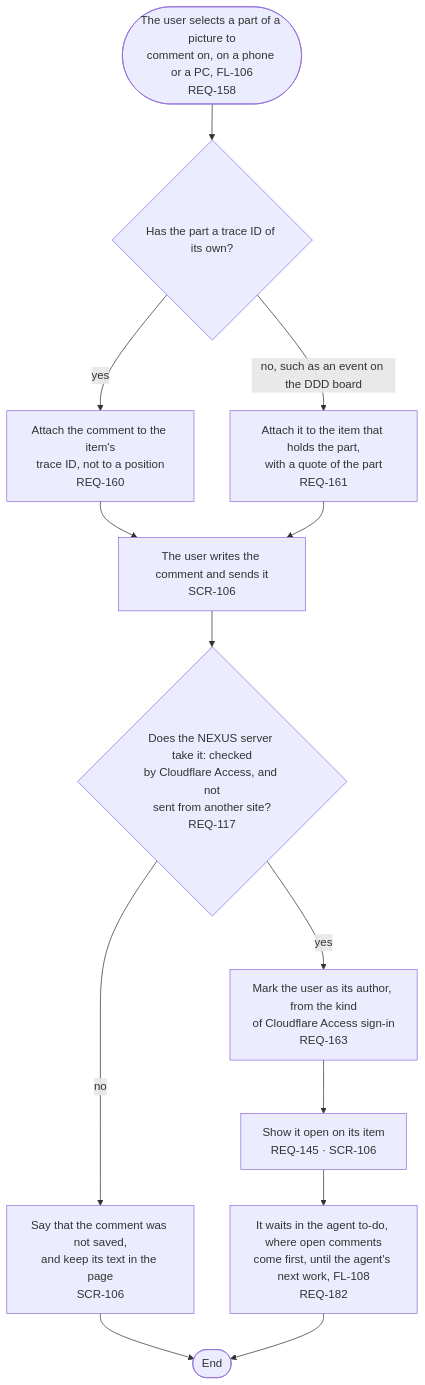
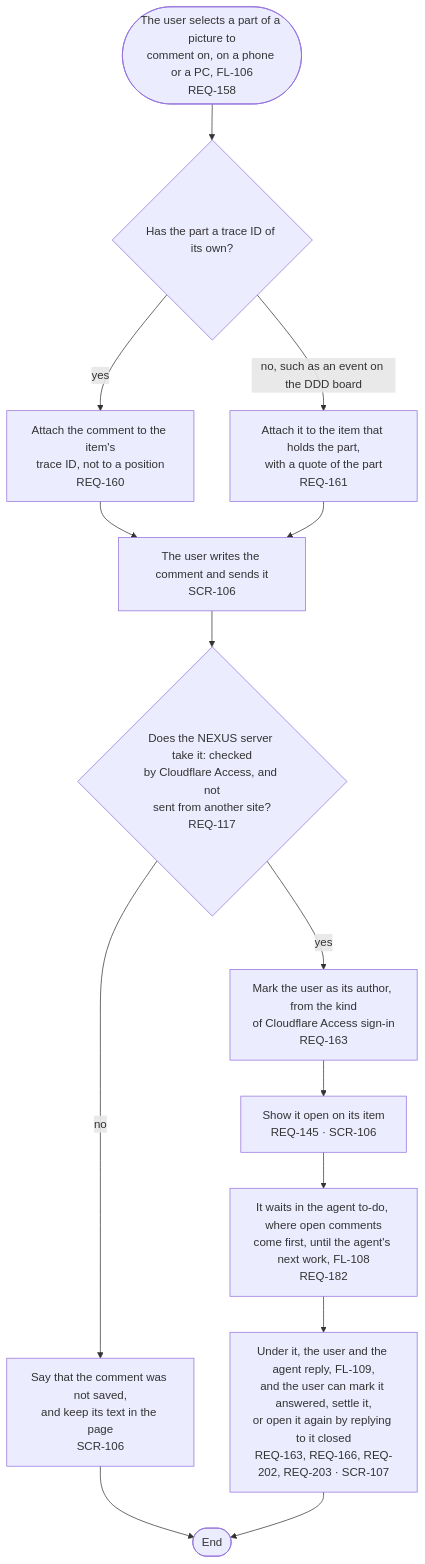
Before and after one commit to kodonghui/corthex-nexus: the diagram in docs/03-user-flow/nexus/FL-107-leave-a-comment.md, drawn with Mermaid. The commit also changed other lines of this file and 33 other files, not shown here.

````diff
--- a/docs/03-user-flow/nexus/FL-107-leave-a-comment.md
+++ b/docs/03-user-flow/nexus/FL-107-leave-a-comment.md
@@ -9,15 +9,16 @@
 ```mermaid
 flowchart TD
   A(["The user selects a part of a picture to<br/>comment on, on a phone or a PC, FL-106<br/>REQ-158"]) --> B{"Has the part a trace ID of its own?"}
   B -->|yes| C["Attach the comment to the item's<br/>trace ID, not to a position<br/>REQ-160"]
   B -->|no, such as an event on the DDD board| D["Attach it to the item that holds the part,<br/>with a quote of the part<br/>REQ-161"]
   C --> E["The user writes the comment and sends it<br/>SCR-106"]
   D --> E
   E --> F{"Does the NEXUS server take it: checked<br/>by Cloudflare Access, and not<br/>sent from another site?<br/>REQ-117"}
   F -->|no| F1["Say that the comment was not saved,<br/>and keep its text in the page<br/>SCR-106"]
   F1 --> Z(["End"])
   F -->|yes| G["Mark the user as its author, from the kind<br/>of Cloudflare Access sign-in<br/>REQ-163"]
   G --> H["Show it open on its item<br/>REQ-145 · SCR-106"]
   H --> I["It waits in the agent to-do, where open comments<br/>come first, until the agent's next work, FL-108<br/>REQ-182"]
-  I --> Z
+  I --> J["Under it, the user and the agent reply, FL-109,<br/>and the user can mark it answered, settle it,<br/>or open it again by replying to it closed<br/>REQ-163, REQ-166, REQ-202, REQ-203 · SCR-107"]
+  J --> Z
 ```
````
